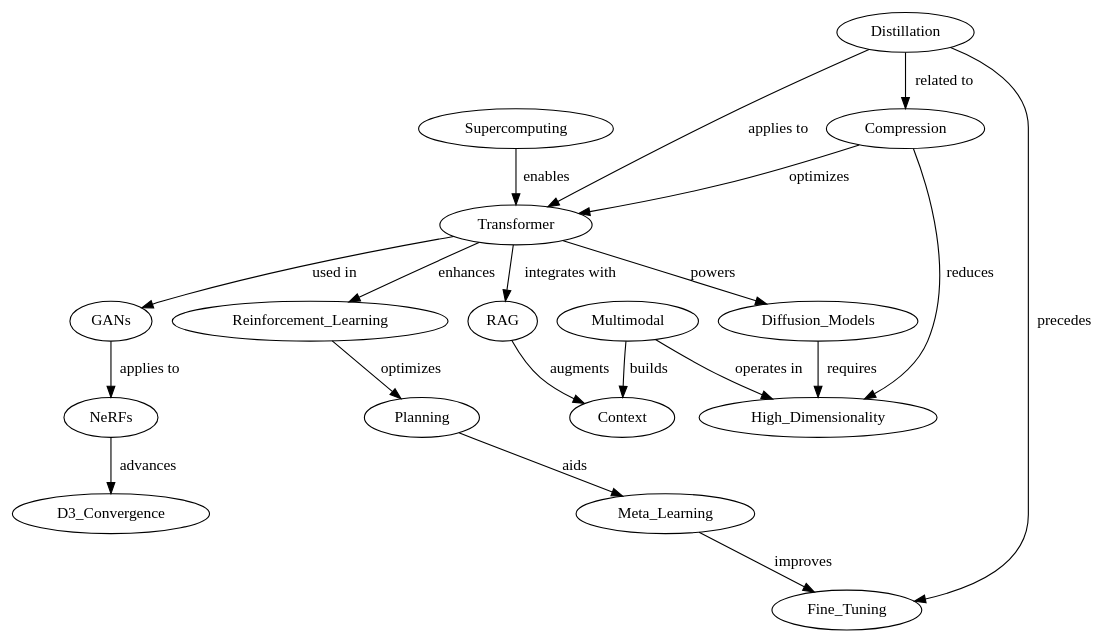
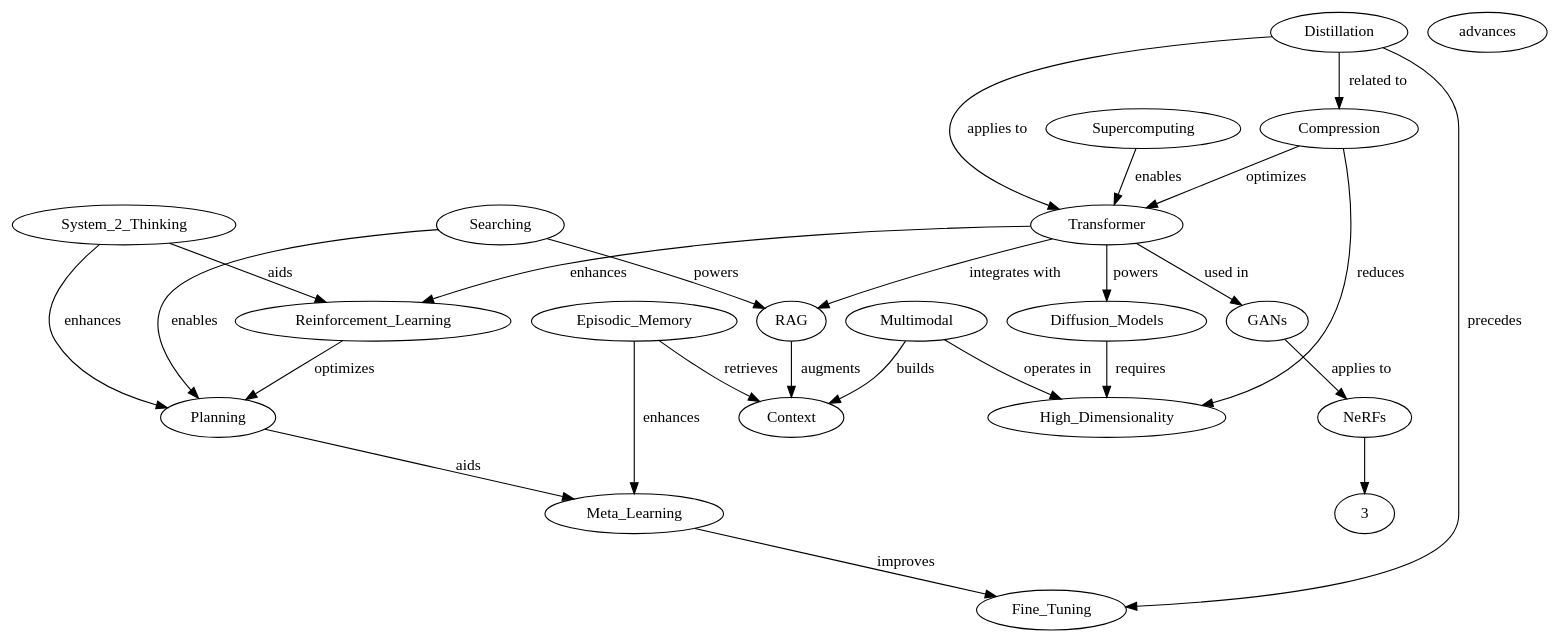
The diagram in ai_knowledge_graph.dot (bizarai/Graphviz), drawn with Graphviz before and after one commit.

```diff
--- a/ai_knowledge_graph.dot
+++ b/ai_knowledge_graph.dot
@@ -1,22 +1,28 @@
 // ai_knowledge_graph.dot
 digraph AI_Concepts {
     Supercomputing -> Transformer [label="enables"];
     Transformer -> Reinforcement_Learning [label="enhances"];
     Reinforcement_Learning -> Planning [label="optimizes"];
     Planning -> Meta_Learning [label="aids"];
     Meta_Learning -> Fine_Tuning [label="improves"];
     Transformer -> Diffusion_Models [label="powers"];
     Transformer -> GANs [label="used in"];
     Transformer -> RAG [label="integrates with"];
     GANs -> NeRFs [label="applies to"];
-    NeRFs -> D3_Convergence [label="advances"];
+    NeRFs -> 3D_Convergence [label="advances"];
     Diffusion_Models -> High_Dimensionality [label="requires"];
     Multimodal -> High_Dimensionality [label="operates in"];
     Multimodal -> Context [label="builds"];
     RAG -> Context [label="augments"];
     Compression -> Transformer [label="optimizes"];
     Compression -> High_Dimensionality [label="reduces"];
     Distillation -> Transformer [label="applies to"];
     Distillation -> Compression [label="related to"];
     Distillation -> Fine_Tuning [label="precedes"];
+    Searching -> RAG [label="powers"];
+    Searching -> Planning [label="enables"];
+    System_2_Thinking -> Reinforcement_Learning [label="aids"];
+    System_2_Thinking -> Planning [label="enhances"];
+    Episodic_Memory -> Context [label="retrieves"];
+    Episodic_Memory -> Meta_Learning [label="enhances"];
 }
```
